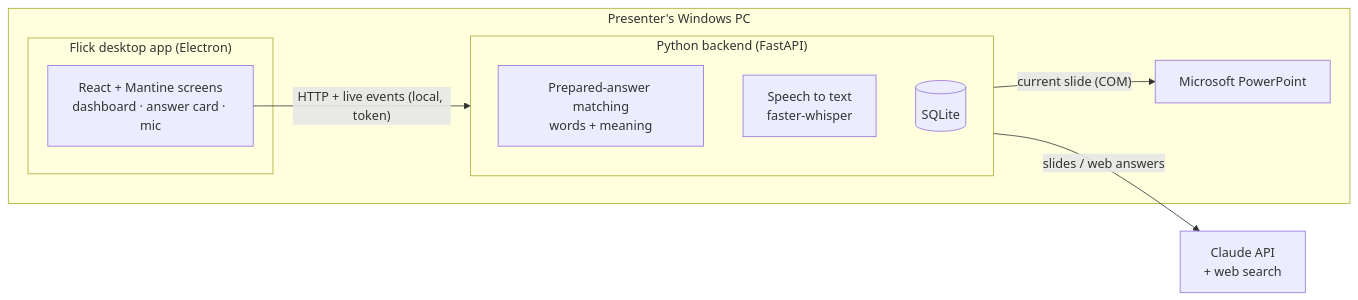
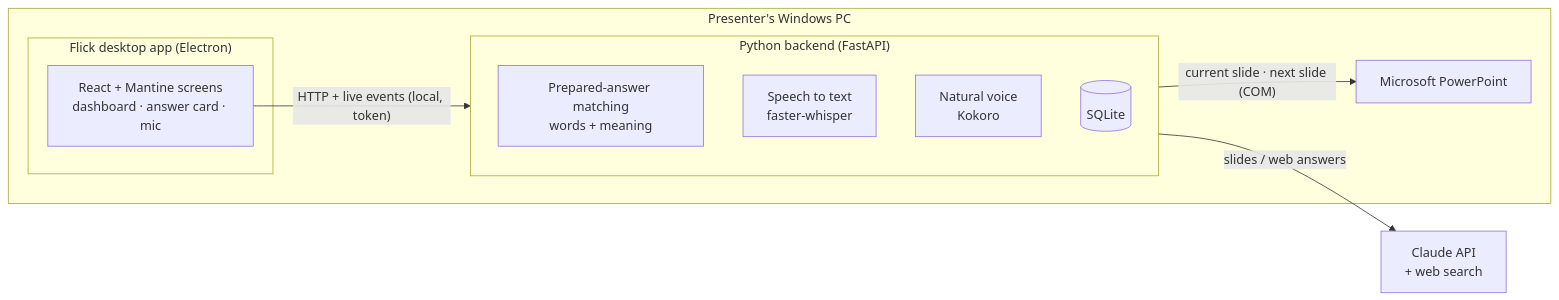
Before and after one commit to AHMADMALIK1376/Flick: the diagram in README.md, drawn with Mermaid. The commit also changed other lines of this file and 17 other files, not shown here.

````diff
--- a/README.md
+++ b/README.md
@@ -44,19 +49,20 @@
 ```mermaid
 flowchart LR
   subgraph PC["Presenter's Windows PC"]
     PPT["Microsoft PowerPoint"]
     subgraph Desktop["Flick desktop app (Electron)"]
       UI["React + Mantine screens<br/>dashboard · answer card · mic"]
     end
     subgraph Backend["Python backend (FastAPI)"]
       Match["Prepared-answer matching<br/>words + meaning"]
       STT["Speech to text<br/>faster-whisper"]
+      TTS["Natural voice<br/>Kokoro"]
       DB[("SQLite")]
     end
   end
   Claude["Claude API<br/>+ web search"]
 
   UI -- "HTTP + live events (local, token)" --> Backend
-  Backend -- "current slide (COM)" --> PPT
+  Backend -- "current slide · next slide (COM)" --> PPT
   Backend -- "slides / web answers" --> Claude
 ```
````
